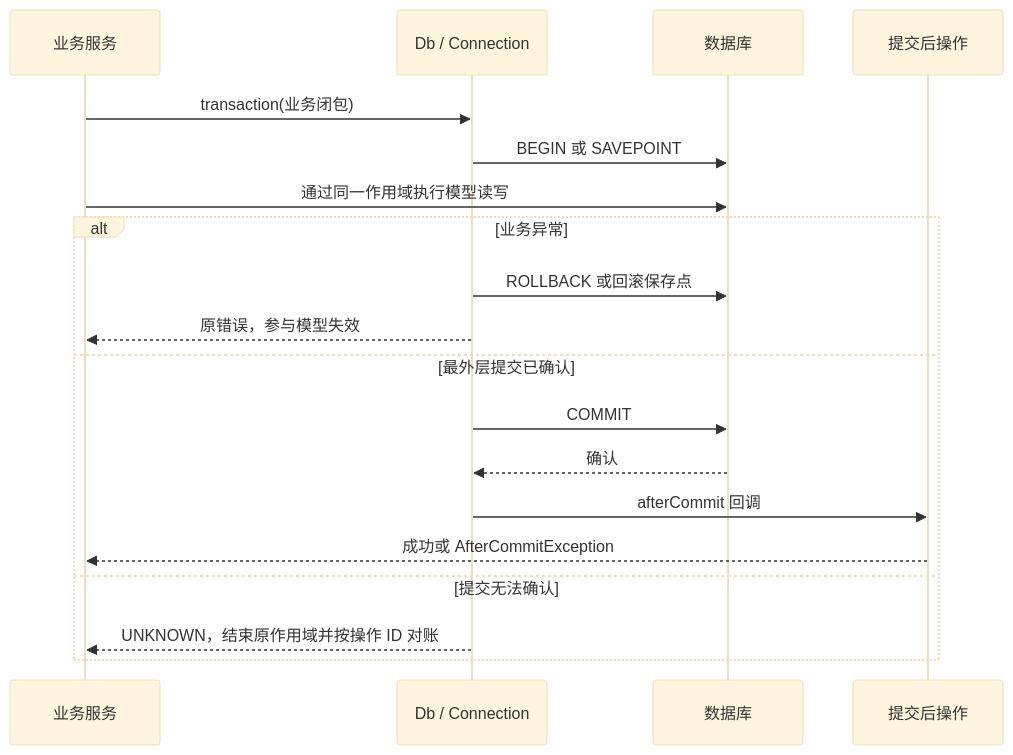
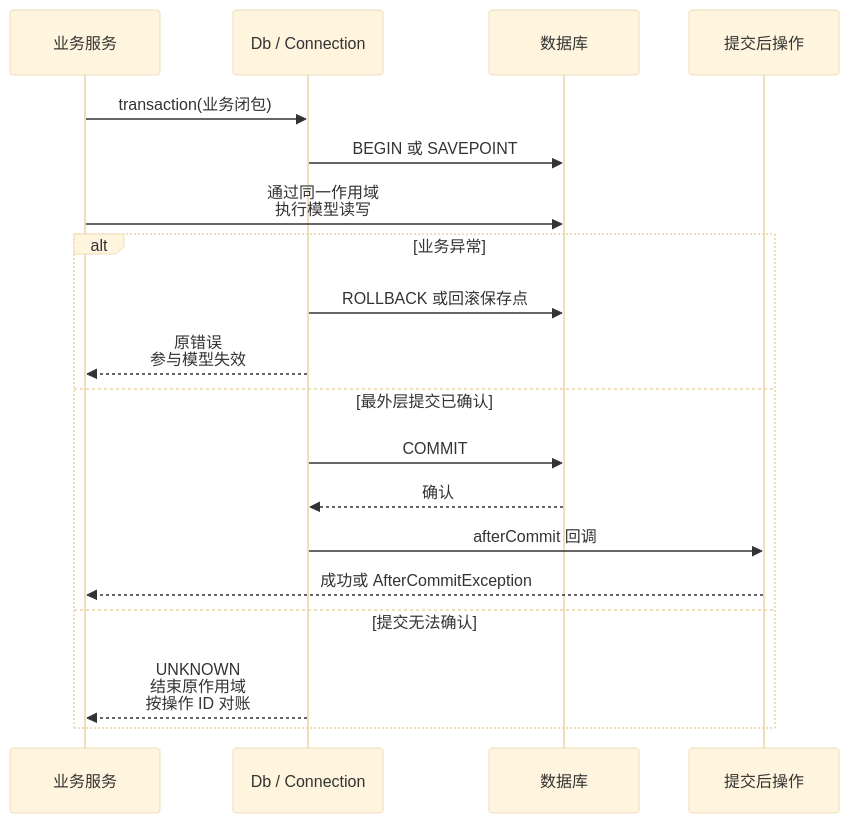
Before and after one commit to zoujingli/typeapp: the second of 2 diagrams in docs/guide/plugins/type-orm.md, drawn with Mermaid (base theme). The commit also changed other lines of this file and 31 other files, not shown here.

Commit message:
docs(release): 细化版本安装与组件图示并记录候选验收边界

````diff
--- a/docs/guide/plugins/type-orm.md
+++ b/docs/guide/plugins/type-orm.md
@@ -271,21 +271,21 @@
 ```mermaid
 sequenceDiagram
     participant Service as 业务服务
     participant Tx as Db / Connection
     participant DB as 数据库
     participant Effect as 提交后操作
     Service->>Tx: transaction(业务闭包)
     Tx->>DB: BEGIN 或 SAVEPOINT
-    Service->>DB: 通过同一作用域执行模型读写
+    Service->>DB: 通过同一作用域<br/>执行模型读写
     alt 业务异常
         Tx->>DB: ROLLBACK 或回滚保存点
-        Tx-->>Service: 原错误，参与模型失效
+        Tx-->>Service: 原错误<br/>参与模型失效
     else 最外层提交已确认
         Tx->>DB: COMMIT
         DB-->>Tx: 确认
         Tx->>Effect: afterCommit 回调
         Effect-->>Service: 成功或 AfterCommitException
     else 提交无法确认
-        Tx-->>Service: UNKNOWN，结束原作用域并按操作 ID 对账
+        Tx-->>Service: UNKNOWN<br/>结束原作用域<br/>按操作 ID 对账
     end
 ```
````
